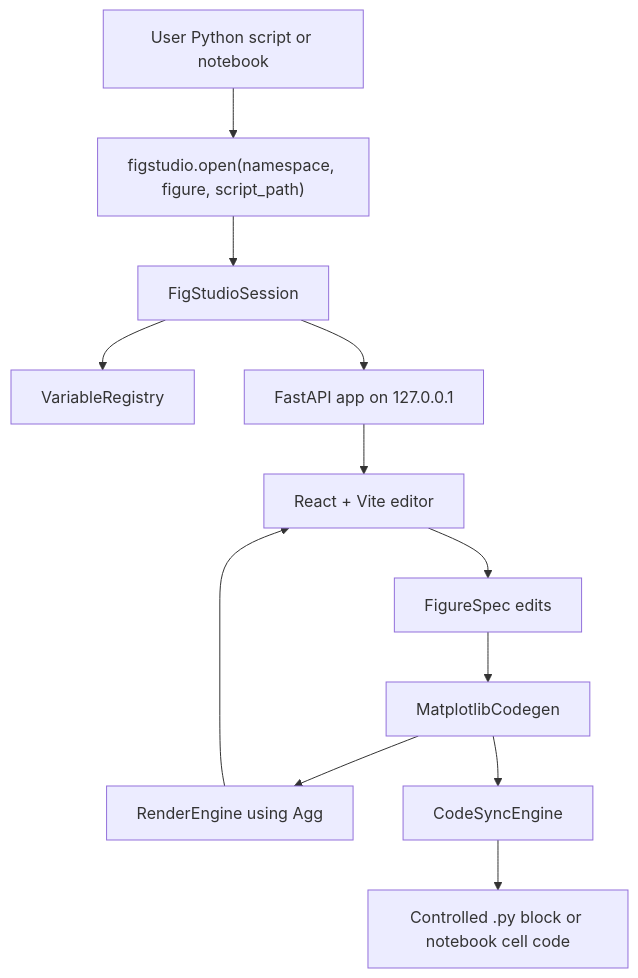
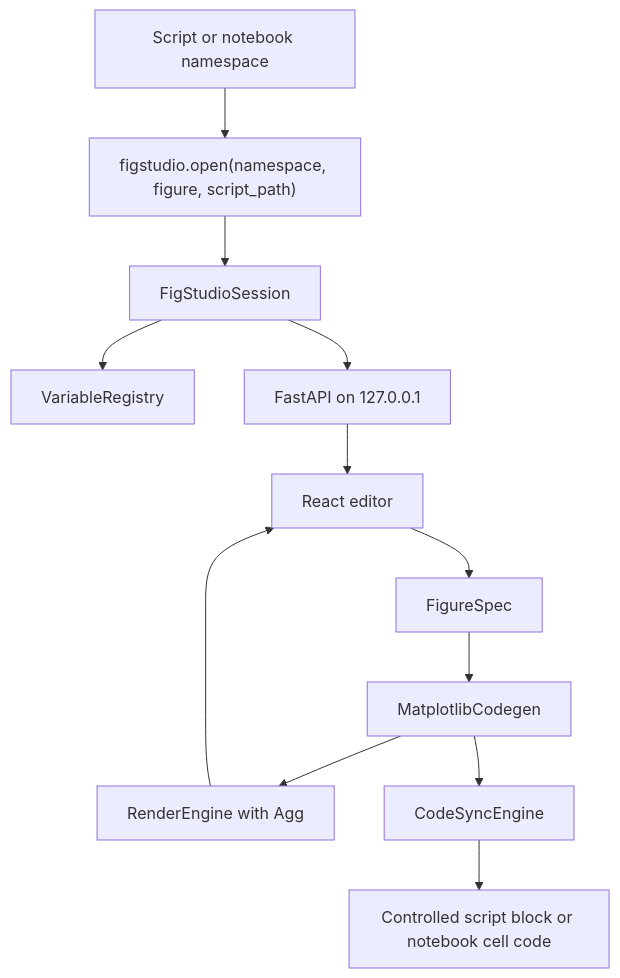
One commit to Isabelle20070607/figstudio changed the diagram in docs/technical-design.md. Above: the diagram before and after it, drawn with Mermaid. The commit also changed other lines of this file and 4 other files, not shown here.

Commit message:
docs: define beta product docs and roadmap

````diff
--- a/docs/technical-design.md
+++ b/docs/technical-design.md
@@ -7,14 +9,14 @@
 ```mermaid
 flowchart TD
-  A["User Python script or notebook"] --> B["figstudio.open(namespace, figure, script_path)"]
+  A["Script or notebook namespace"] --> B["figstudio.open(namespace, figure, script_path)"]
   B --> C["FigStudioSession"]
   C --> D["VariableRegistry"]
-  C --> E["FastAPI app on 127.0.0.1"]
-  E --> F["React + Vite editor"]
-  F --> G["FigureSpec edits"]
+  C --> E["FastAPI on 127.0.0.1"]
+  E --> F["React editor"]
+  F --> G["FigureSpec"]
   G --> H["MatplotlibCodegen"]
-  H --> I["RenderEngine using Agg"]
+  H --> I["RenderEngine with Agg"]
   H --> J["CodeSyncEngine"]
   I --> F
-  J --> K["Controlled .py block or notebook cell code"]
+  J --> K["Controlled script block or notebook cell code"]
 ```
````
